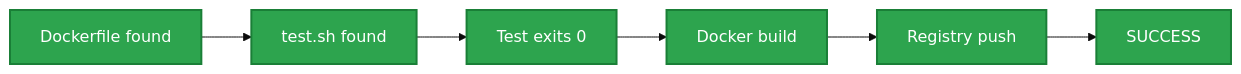
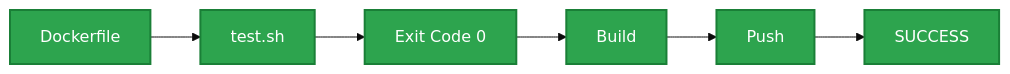
One commit to meghanareddy08/Txstate-DevOps-Assignment changed the fourth of 8 diagrams in docs/architecture.md. Above: the diagram before and after it, drawn with Mermaid (base theme). The commit also changed other lines of this file, not shown here.

Commit message:
Simplify architecture documentation

````diff
--- a/docs/architecture.md
+++ b/docs/architecture.md
@@ -274,11 +156,11 @@
 ```mermaid
 flowchart LR
-    A[Dockerfile found] --> B[test.sh found]
-    B --> C[Test exits 0]
-    C --> D[Docker build]
-    D --> E[Registry push]
+    A[Dockerfile] --> B[test.sh]
+    B --> C[Exit Code 0]
+    C --> D[Build]
+    D --> E[Push]
     E --> F[SUCCESS]
 
     classDef success fill:#2da44e,color:#ffffff,stroke:#1a7f37,stroke-width:2px;
     class A,B,C,D,E,F success;
 ```
````
